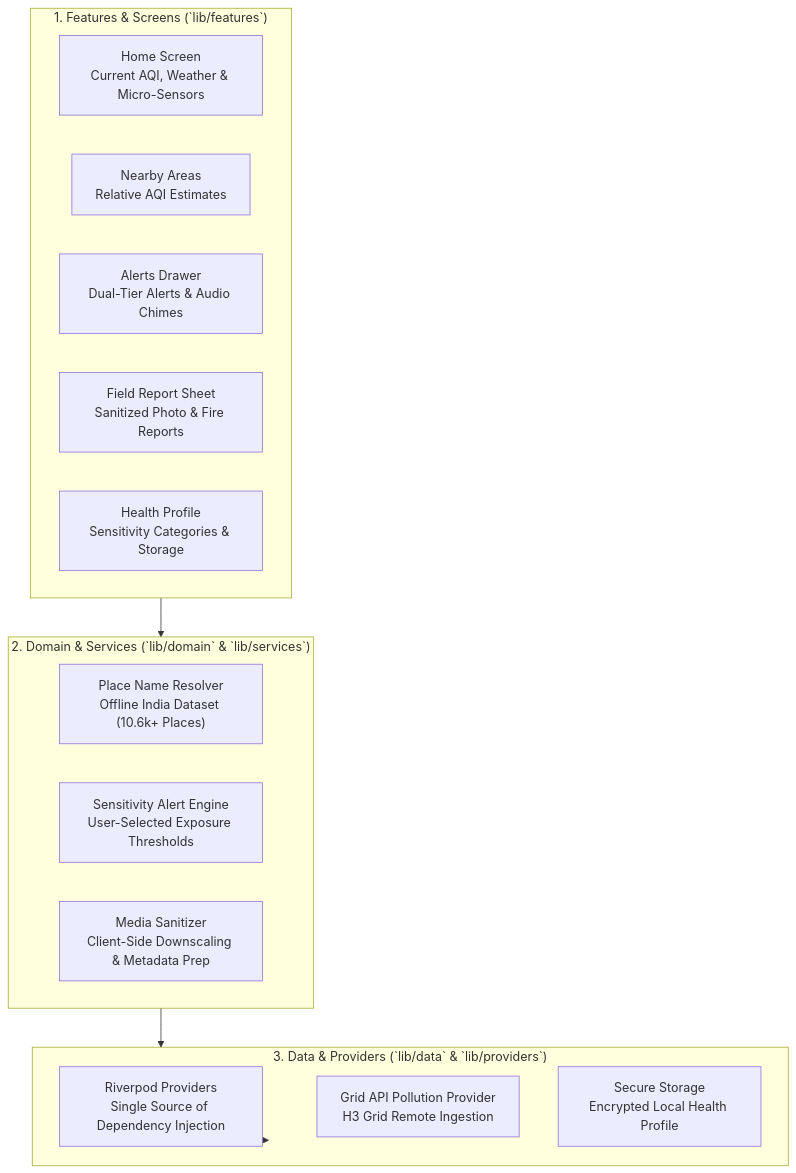
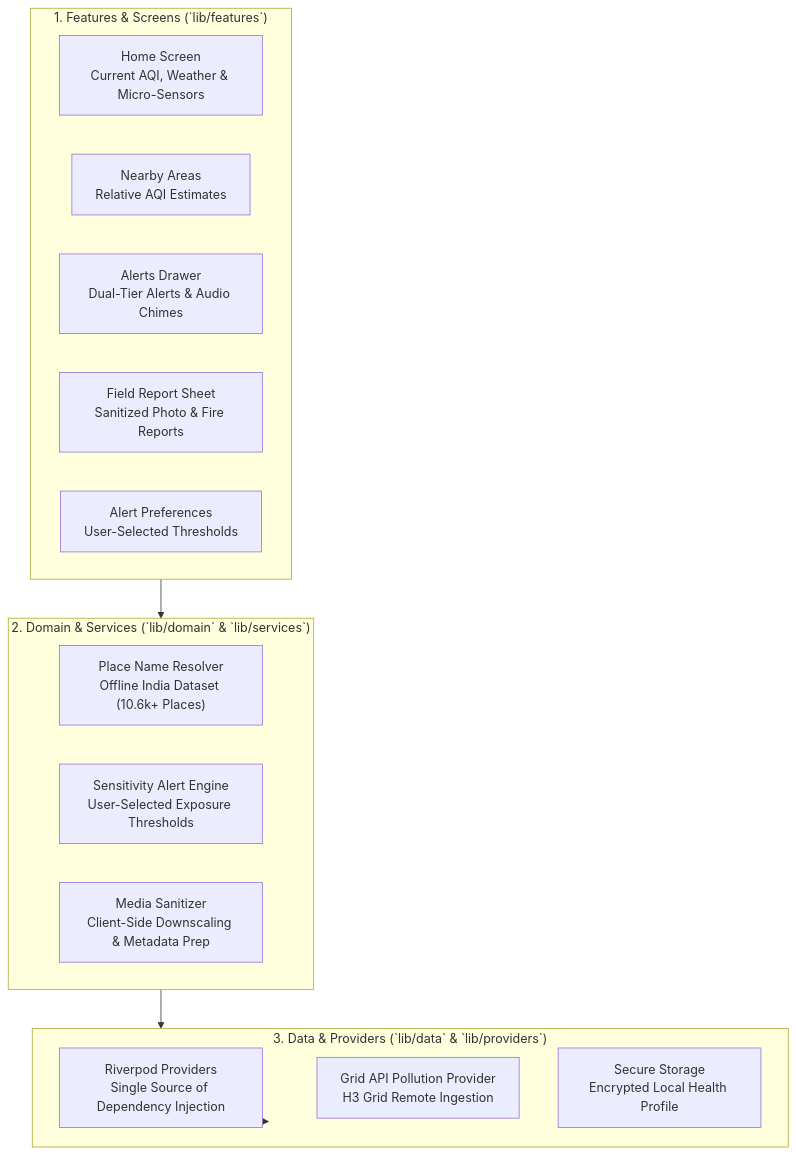
The diagram in partner_apps/air_health_flutter/README.md (Hima-11-works/gdg-c4c), drawn with Mermaid before and after one commit. The commit also changed other lines of this file and 6 other files, not shown here.

````diff
--- a/partner_apps/air_health_flutter/README.md
+++ b/partner_apps/air_health_flutter/README.md
@@ -16,26 +16,26 @@
 ```mermaid
 flowchart TB
     subgraph UI["1. Features & Screens (`lib/features`)"]
         HOME["Home Screen<br/>Current AQI, Weather & Micro-Sensors"]
         NEARBY["Nearby Areas<br/>Relative AQI Estimates"]
         ALERTS["Alerts Drawer<br/>Dual-Tier Alerts & Audio Chimes"]
         REPORT["Field Report Sheet<br/>Sanitized Photo & Fire Reports"]
-        PROFILE["Health Profile<br/>Sensitivity Categories & Storage"]
+        PROFILE["Alert Preferences<br/>User-Selected Thresholds"]
     end
 
     subgraph LOGIC["2. Domain & Services (`lib/domain` & `lib/services`)"]
         RESOLVER["Place Name Resolver<br/>Offline India Dataset (10.6k+ Places)"]
         ALERT_ENG["Sensitivity Alert Engine<br/>User-Selected Exposure Thresholds"]
         MEDIA["Media Sanitizer<br/>Client-Side Downscaling & Metadata Prep"]
     end
 
     subgraph DATA["3. Data & Providers (`lib/data` & `lib/providers`)"]
         RIVERPOD["Riverpod Providers<br/>Single Source of Dependency Injection"]
         API_PROV["Grid API Pollution Provider<br/>H3 Grid Remote Ingestion"]
         SECURE_STORE["Secure Storage<br/>Encrypted Local Health Profile"]
     end
 
     UI --> LOGIC
     LOGIC --> DATA
     DATA --> RIVERPOD
 ```
````
